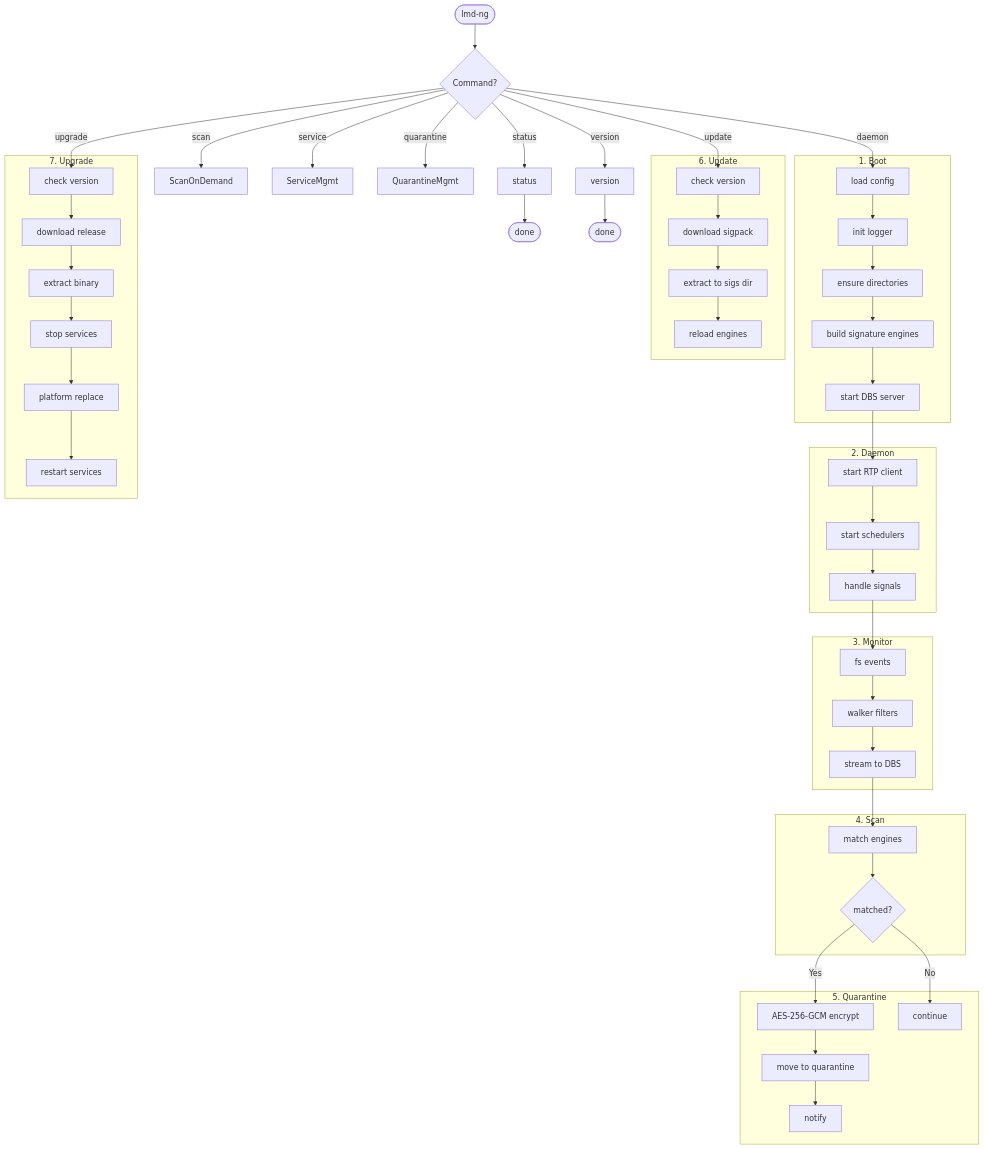
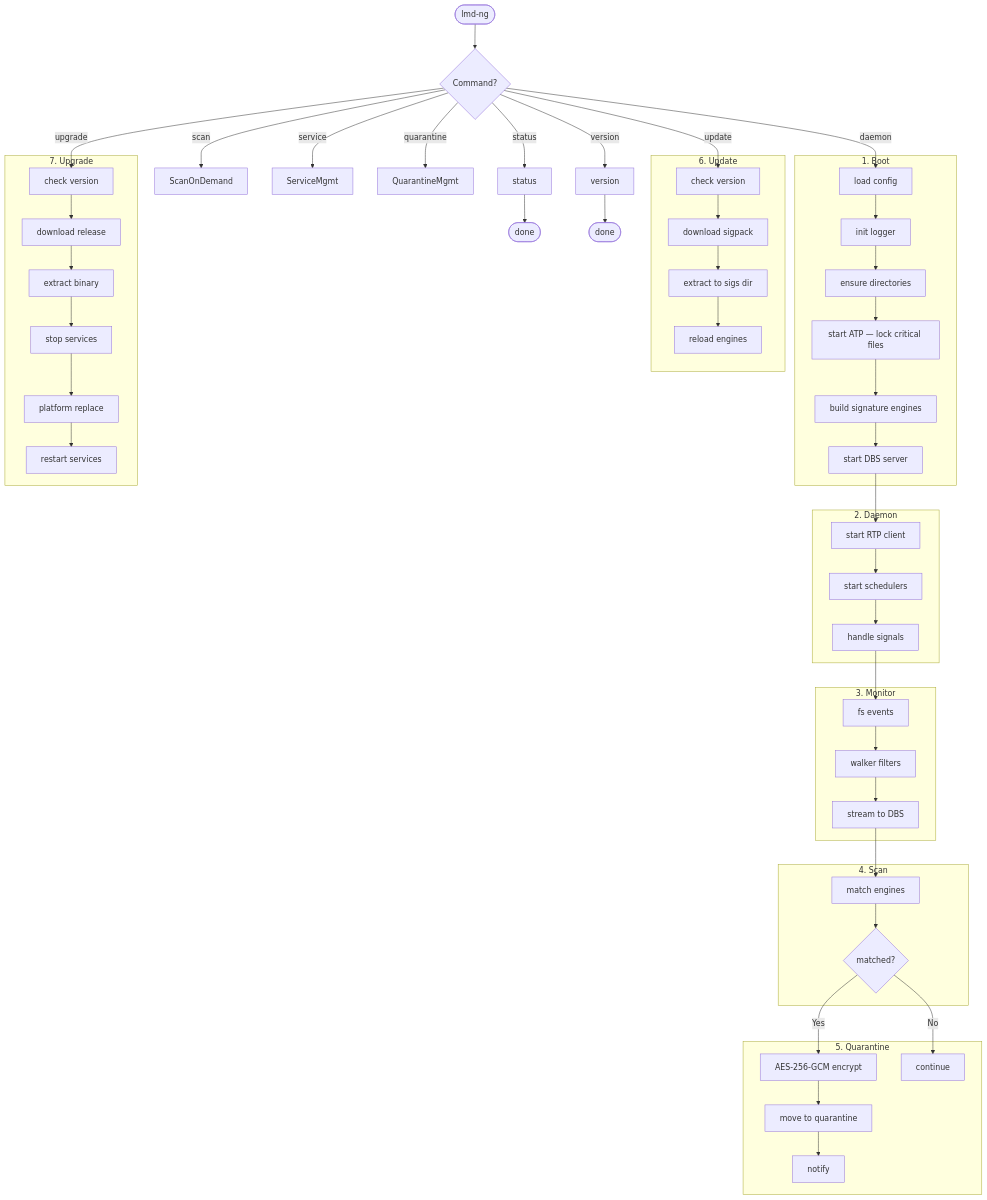
One commit to dimaskiddo/lmd-ng changed the first of 4 diagrams in docs/WORKFLOWS.md. Above: the diagram before and after it, drawn with Mermaid. The commit also changed other lines of this file and 31 other files, not shown here.

````diff
--- a/docs/WORKFLOWS.md
+++ b/docs/WORKFLOWS.md
@@ -9,60 +9,61 @@
 ```mermaid
 flowchart TD
     Start([lmd-ng]) --> Route{Command?}
     Route -- "daemon" --> Boot
     Route -- "scan <path>" --> ScanOnDemand
     Route -- "update" --> SigUpdate
     Route -- "service" --> ServiceMgmt
     Route -- "quarantine" --> QuarantineMgmt
     Route -- "upgrade" --> UpgradeFlow
     Route -- "status" --> StatusDisplay
     Route -- "version" --> VersionDisplay
 
     StatusDisplay[status] --> EndStatus([done])
     VersionDisplay[version] --> EndVersion([done])
 
     subgraph S1["1. Boot"]
         Boot[load config] --> InitLog[init logger]
         InitLog --> EnsureDirs[ensure directories]
-        EnsureDirs --> BuildEngines[build signature engines]
+        EnsureDirs --> StartATP[start ATP — lock critical files]
+        StartATP --> BuildEngines[build signature engines]
         BuildEngines --> StartDBS[start DBS server]
     end
 
     subgraph S2["2. Daemon"]
         StartDBS --> StartRTP[start RTP client]
         StartRTP --> StartSched[start schedulers]
         StartSched --> HandleSignal[handle signals]
     end
 
     subgraph S3["3. Monitor"]
         HandleSignal --> Monitor[fs events]
         Monitor --> Filter[walker filters]
         Filter --> StreamToDBS[stream to DBS]
     end
 
     subgraph S4["4. Scan"]
         StreamToDBS --> MatchEngines[match engines]
         MatchEngines --> Result{matched?}
     end
 
     subgraph S5["5. Quarantine"]
         Result -- Yes --> Encrypt[AES-256-GCM encrypt]
         Encrypt --> Move[move to quarantine]
         Move --> Notify[notify]
         Result -- No --> Skip[continue]
     end
 
     subgraph S6["6. Update"]
         SigUpdate[check version] --> Download[download sigpack]
         Download --> Extract[extract to sigs dir]
         Extract --> ReloadEngines[reload engines]
     end
 
     subgraph S7["7. Upgrade"]
         UpgradeFlow[check version] --> DL[download release]
         DL --> ExtractBin[extract binary]
         ExtractBin --> StopSvc[stop services]
         StopSvc --> Replace[platform replace]
         Replace --> StartSvc[restart services]
     end
 ```
````
